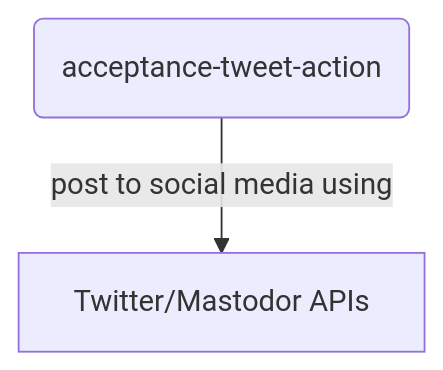
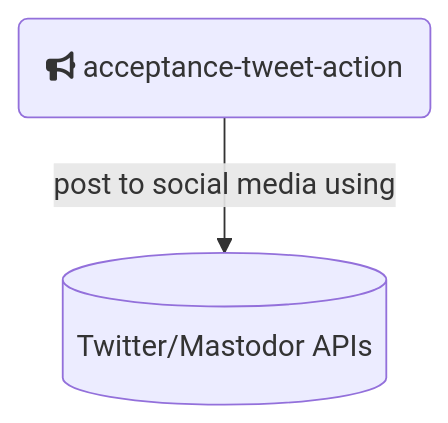
The sixth of 6 diagrams in github-actions.md (openjournals/joss-infra-docs), drawn with Mermaid before and after one commit. The commit also changed other lines of this file, not shown here.

````diff
--- a/github-actions.md
+++ b/github-actions.md
@@ -79,8 +79,8 @@
 ```mermaid
 flowchart TD
-  ACCEPTANCE-TWEET(acceptance-tweet-action)
+  ACCEPTANCE-TWEET(fa:fa-bullhorn acceptance-tweet-action)
   
-  SocialMedia[Twitter/Mastodor APIs]
+  SocialMedia[(Twitter/Mastodor APIs)]
   
   ACCEPTANCE-TWEET --> |post to social media using| SocialMedia
 ```
````
